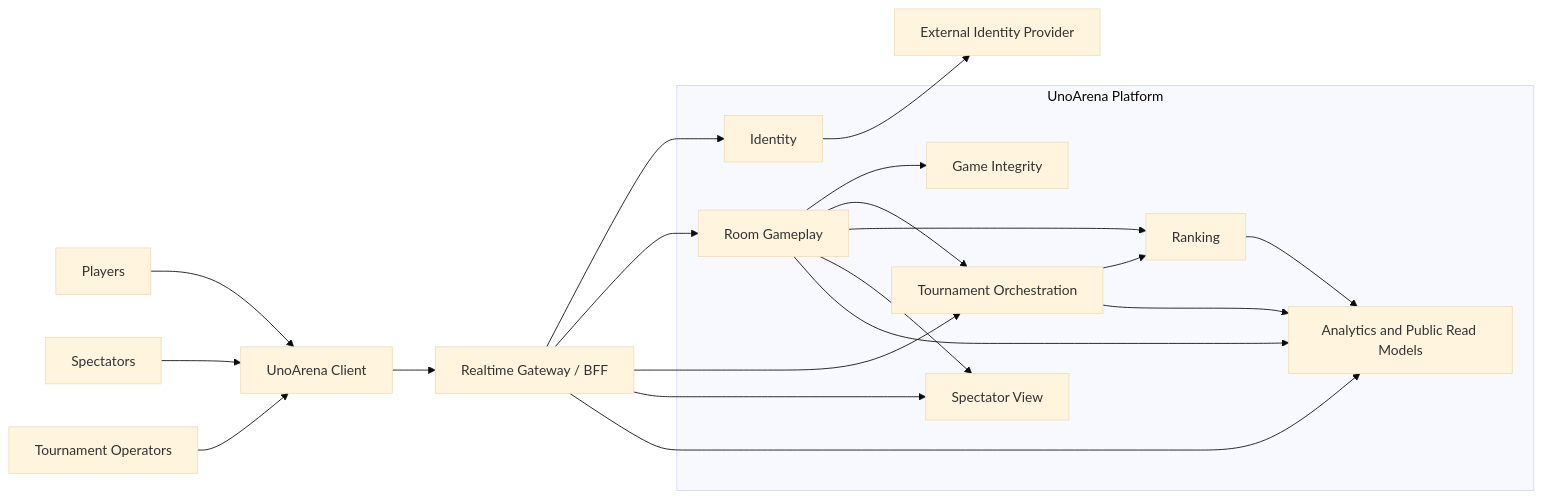
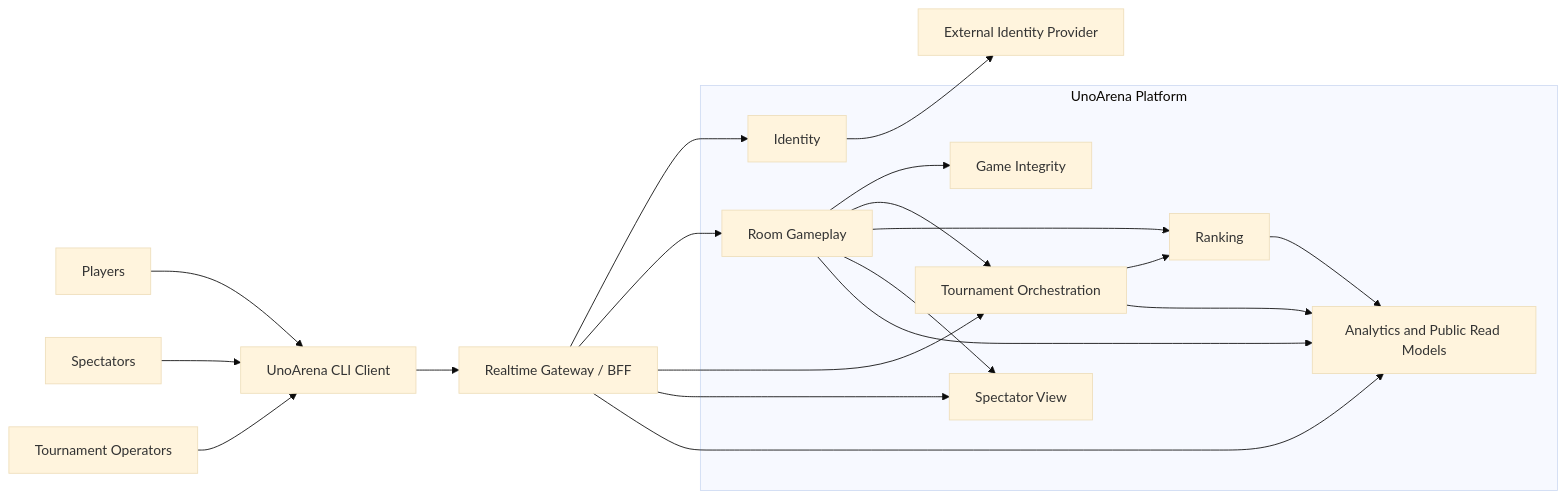
One commit to FSendot/uno-arena changed the first of 2 diagrams in docs/architecture/01-context-and-container-view.md. Above: the diagram before and after it, drawn with Mermaid (base theme). The commit also changed other lines of this file and 290 other files, not shown here.

Commit message:
feat: implement UnoArena capability architecture and CLI

````diff
--- a/docs/architecture/01-context-and-container-view.md
+++ b/docs/architecture/01-context-and-container-view.md
@@ -5,38 +5,38 @@
 ```mermaid
 flowchart LR
     Players["Players"]
     Spectators["Spectators"]
     Admins["Tournament Operators"]
-    Client["UnoArena Client"]
+    Client["UnoArena CLI Client"]
     BFF["Realtime Gateway / BFF"]
     IdP["External Identity Provider"]
 
     subgraph Platform["UnoArena Platform"]
         Identity["Identity"]
         Room["Room Gameplay"]
         Integrity["Game Integrity"]
         Tourney["Tournament Orchestration"]
         Rank["Ranking"]
         Spectator["Spectator View"]
         Analytics["Analytics and Public Read Models"]
     end
 
     Players --> Client
     Spectators --> Client
     Admins --> Client
     Client --> BFF
     BFF --> Identity
     BFF --> Room
     BFF --> Tourney
     BFF --> Spectator
     BFF --> Analytics
     Identity --> IdP
     Room --> Integrity
     Room --> Tourney
     Room --> Rank
     Room --> Spectator
     Room --> Analytics
     Tourney --> Rank
     Tourney --> Analytics
     Rank --> Analytics
 ```
````
